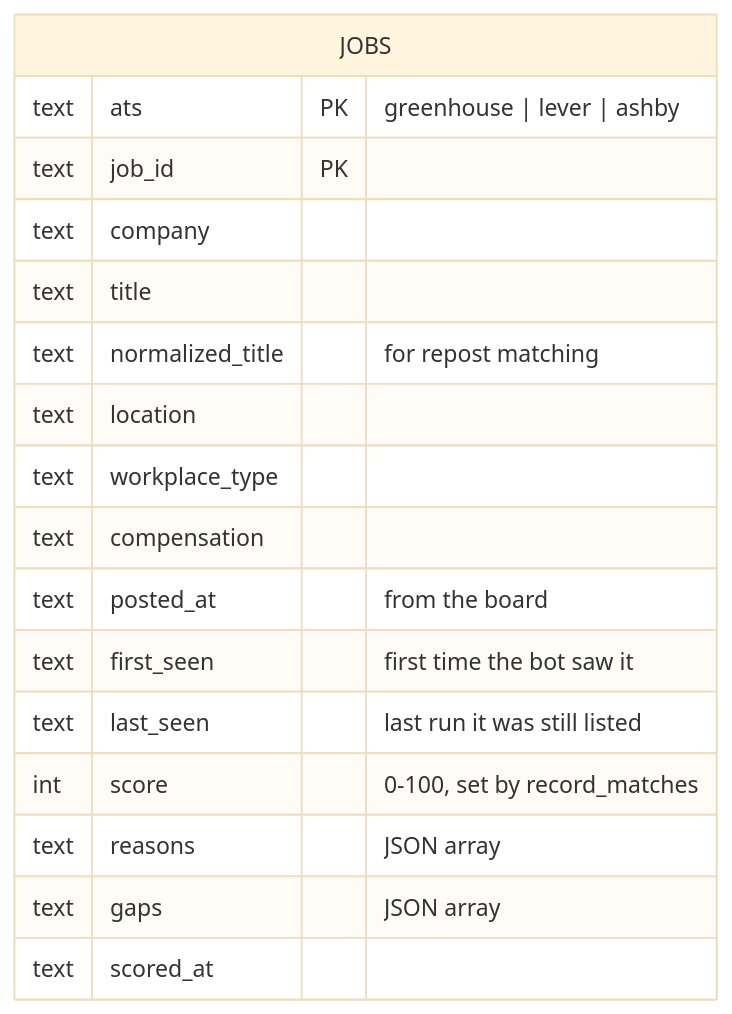
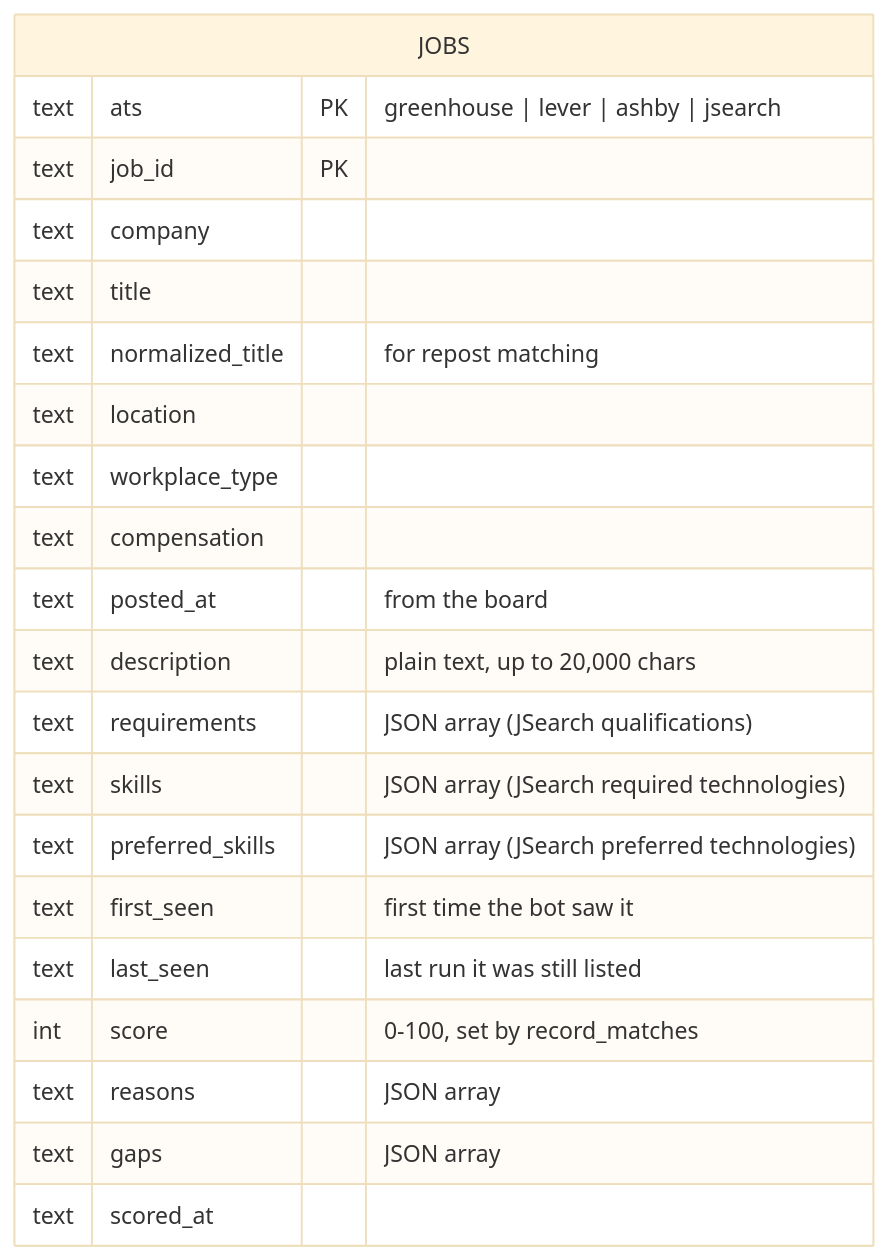
Before and after one commit to risingfish/myjobbot: the sixth of 7 diagrams in README.md, drawn with Mermaid (base theme). The commit also changed other lines of this file and 16 other files, not shown here.

First line of the commit message:
Save Greenhouse descriptions and JSearch requirements and skills

````diff
--- a/README.md
+++ b/README.md
@@ -250,20 +250,24 @@
 ```mermaid
 erDiagram
     JOBS {
-        text ats PK "greenhouse | lever | ashby"
+        text ats PK "greenhouse | lever | ashby | jsearch"
         text job_id PK
         text company
         text title
         text normalized_title "for repost matching"
         text location
         text workplace_type
         text compensation
         text posted_at "from the board"
+        text description "plain text, up to 20,000 chars"
+        text requirements "JSON array (JSearch qualifications)"
+        text skills "JSON array (JSearch required technologies)"
+        text preferred_skills "JSON array (JSearch preferred technologies)"
         text first_seen "first time the bot saw it"
         text last_seen "last run it was still listed"
         int score "0-100, set by record_matches"
         text reasons "JSON array"
         text gaps "JSON array"
         text scored_at
     }
 ```
````
